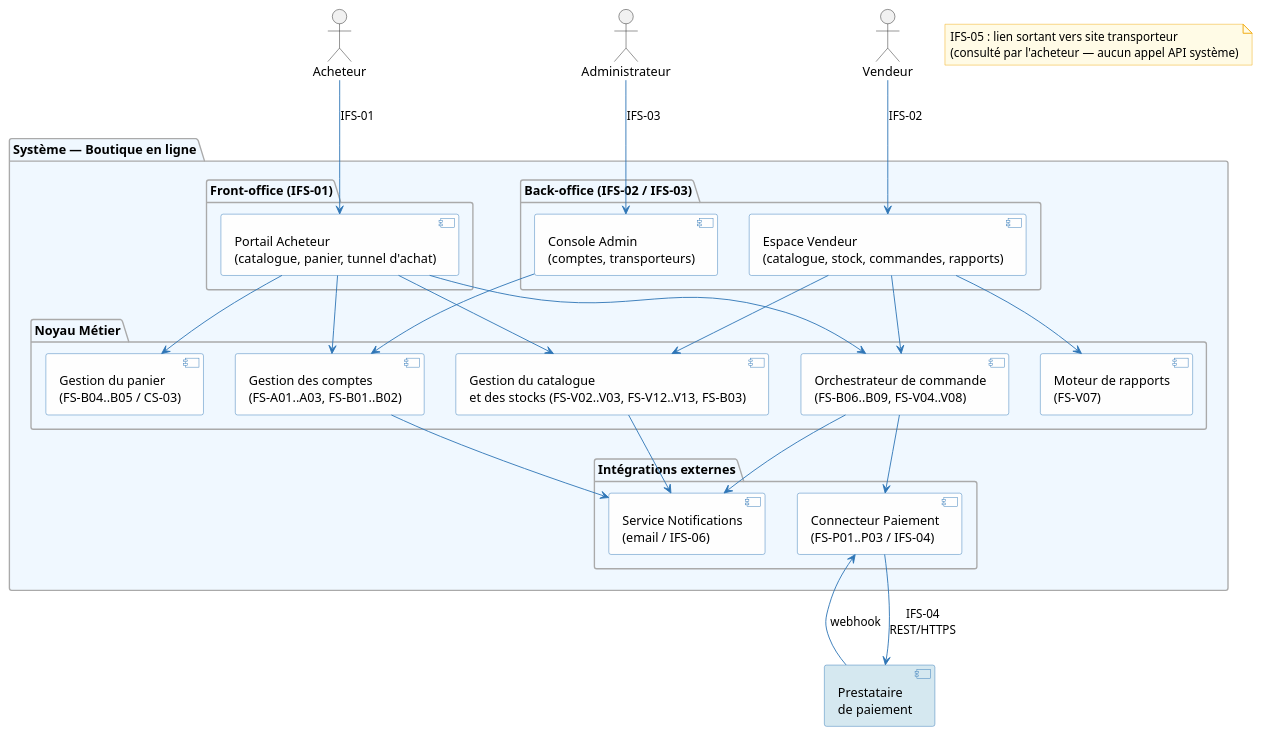
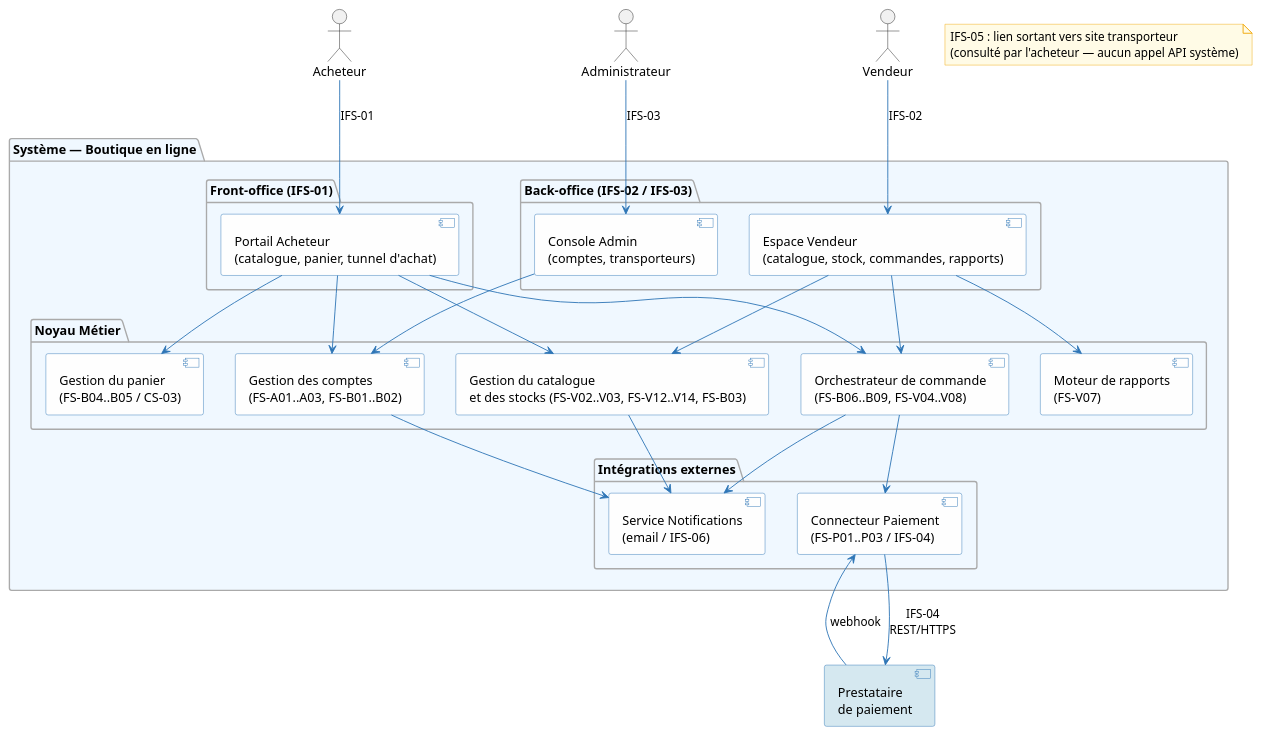
The fifth of 5 diagrams in architecture/02-system-analysis/sa.adoc (louistalvande/online_shop), drawn with PlantUML before and after one commit. The commit also changed other lines of this file and 3 other files, not shown here.

```diff
--- a/architecture/02-system-analysis/sa.adoc
+++ b/architecture/02-system-analysis/sa.adoc
@@ -1374,69 +1375,69 @@
 [plantuml, sa-components, svg]
 ----
 skinparam componentBackgroundColor #FEFEFE
 skinparam componentBorderColor #2E75B6
 skinparam arrowColor #2E75B6
 skinparam interfaceBackgroundColor #E8F4FD
 skinparam interfaceBorderColor #2E75B6
 skinparam noteBackgroundColor #FFFBE6
 skinparam noteBorderColor #F0A500
 skinparam packageBackgroundColor #F0F8FF
 skinparam packageBorderColor #AAAAAA
 
 actor "Acheteur" as Buyer
 actor "Vendeur" as Vendor
 actor "Administrateur" as Admin
 
 package "Système — Boutique en ligne" {
 
   package "Front-office (IFS-01)" {
     [Portail Acheteur\n(catalogue, panier, tunnel d'achat)] as FrontBuyer
   }
 
   package "Back-office (IFS-02 / IFS-03)" {
     [Espace Vendeur\n(catalogue, stock, commandes, rapports)] as BackVendor
     [Console Admin\n(comptes, transporteurs)] as BackAdmin
   }
 
   package "Noyau Métier" {
     [Gestion des comptes\n(FS-A01..A03, FS-B01..B02)] as AccountSvc
-    [Gestion du catalogue\net des stocks (FS-V02..V03, FS-V12..V13, FS-B03)] as CatalogSvc
+    [Gestion du catalogue\net des stocks (FS-V02..V03, FS-V12..V14, FS-B03)] as CatalogSvc
     [Gestion du panier\n(FS-B04..B05 / CS-03)] as CartSvc
     [Orchestrateur de commande\n(FS-B06..B09, FS-V04..V08)] as OrderSvc
     [Moteur de rapports\n(FS-V07)] as ReportSvc
   }
 
   package "Intégrations externes" {
     [Connecteur Paiement\n(FS-P01..P03 / IFS-04)] as PaySvc
     [Service Notifications\n(email / IFS-06)] as NotifSvc
   }
 
 }
 
 component "Prestataire\nde paiement" as ExtPayment #D5E8F0
 
 Buyer --> FrontBuyer : IFS-01
 Vendor --> BackVendor : IFS-02
 Admin --> BackAdmin : IFS-03
 
 FrontBuyer --> AccountSvc
 FrontBuyer --> CatalogSvc
 FrontBuyer --> CartSvc
 FrontBuyer --> OrderSvc
 
 BackVendor --> CatalogSvc
 BackVendor --> OrderSvc
 BackVendor --> ReportSvc
 
 BackAdmin --> AccountSvc
 
 OrderSvc --> PaySvc
 OrderSvc --> NotifSvc
 AccountSvc --> NotifSvc
 CatalogSvc --> NotifSvc
 
 PaySvc --> ExtPayment : IFS-04\nREST/HTTPS
 ExtPayment --> PaySvc : webhook
 
 note "IFS-05 : lien sortant vers site transporteur\n(consulté par l'acheteur — aucun appel API système)" as N1
 ----
```
